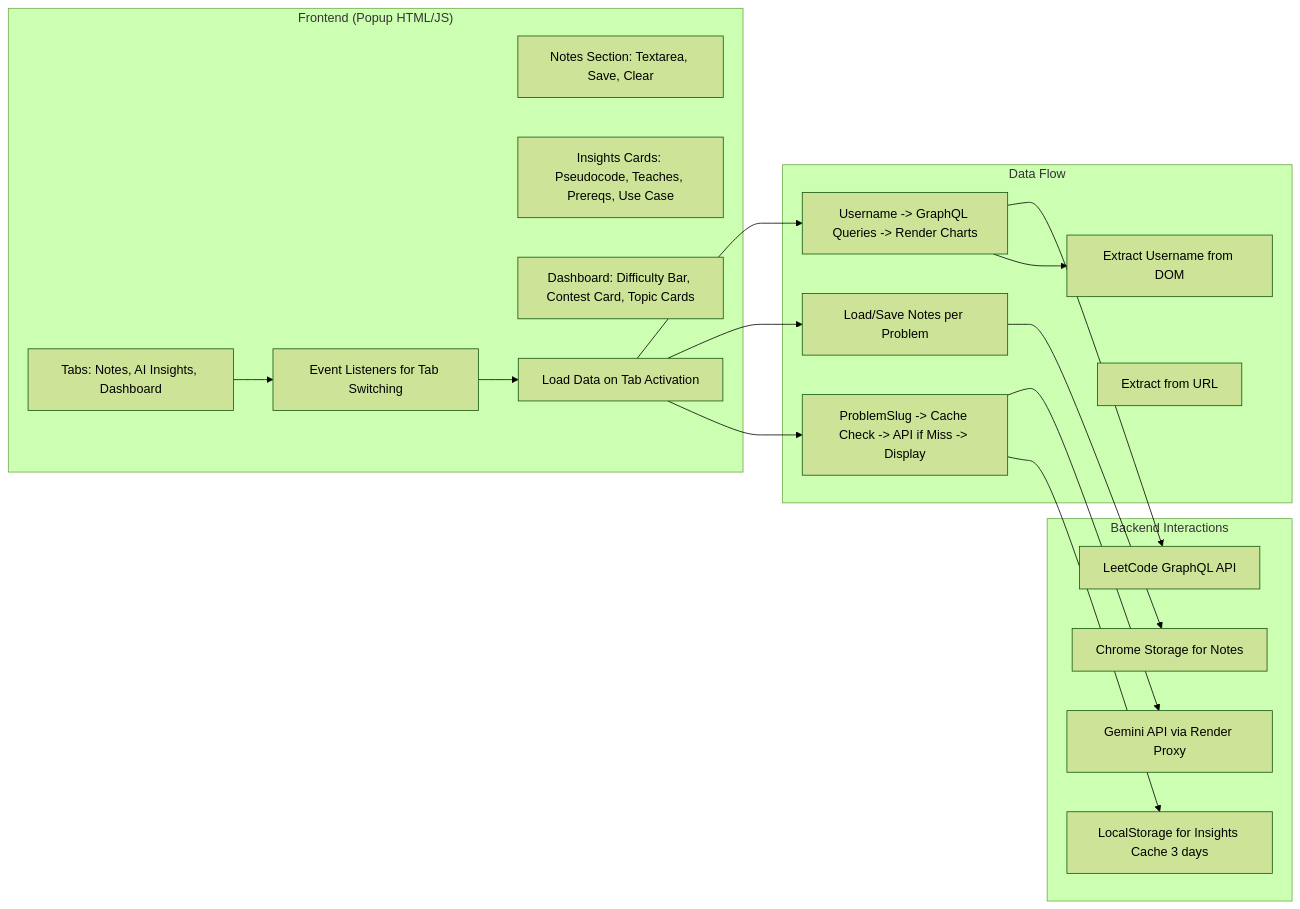
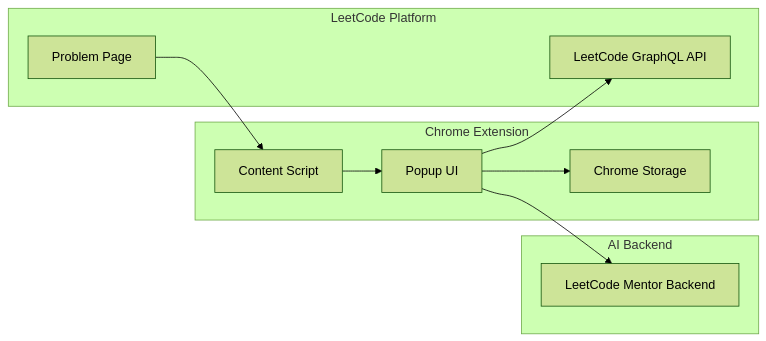
Before and after one commit to tusharAgarwal2511/LeetCode-Mentor: the diagram in README.md, drawn with Mermaid (forest theme). The commit also changed other lines of this file, not shown here.

````diff
--- a/README.md
+++ b/README.md
@@ -97,37 +66,23 @@
 ```mermaid
 flowchart LR
-    subgraph "Frontend (Popup HTML/JS)"
-        UI[Tabs: Notes, AI Insights, Dashboard]
-        Notes[Notes Section: Textarea, Save, Clear]
-        Insights[Insights Cards: Pseudocode, Teaches, Prereqs, Use Case]
-        Dashboard[Dashboard: Difficulty Bar, Contest Card, Topic Cards]
-        TabSwitch[Event Listeners for Tab Switching]
-        LoadOnDemand[Load Data on Tab Activation]
+    subgraph Browser[Chrome Extension]
+        Popup[Popup UI]
+        Content[Content Script]
+        Storage[Chrome Storage]
     end
-    
-    subgraph "Backend Interactions"
-        Cache[LocalStorage for Insights Cache 3 days]
-        Storage[Chrome Storage for Notes]
-        API[Gemini API via Render Proxy]
+
+    subgraph LeetCode[LeetCode Platform]
+        Problem[Problem Page]
         GraphQL[LeetCode GraphQL API]
     end
-    
-    subgraph "Data Flow"
-        Username[Extract Username from DOM]
-        ProblemSlug[Extract from URL]
-        InsightsFlow[ProblemSlug -> Cache Check -> API if Miss -> Display]
-        NotesFlow[Load/Save Notes per Problem]
-        StatsFlow[Username -> GraphQL Queries -> Render Charts]
+
+    subgraph Backend[AI Backend]
+        API[LeetCode Mentor Backend]
     end
-    
-    UI --> TabSwitch
-    TabSwitch --> LoadOnDemand
-    LoadOnDemand --> InsightsFlow
-    LoadOnDemand --> NotesFlow
-    LoadOnDemand --> StatsFlow
-    InsightsFlow --> Cache
-    InsightsFlow --> API
-    StatsFlow --> Username
-    StatsFlow --> GraphQL
-    NotesFlow --> Storage
+
+    Problem --> Content
+    Content --> Popup
+    Popup --> Storage
+    Popup --> GraphQL
+    Popup --> API
 ```
````
